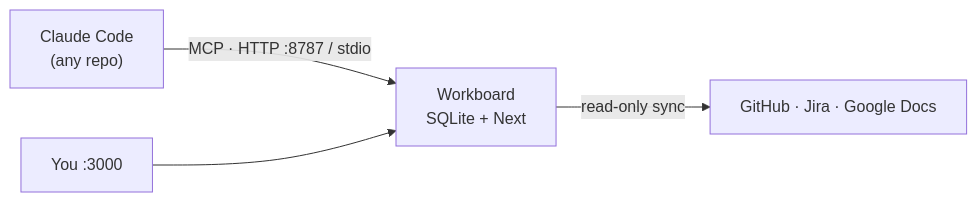
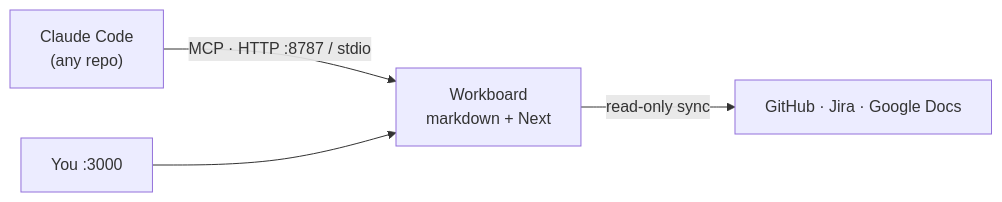
One commit to BenSuskins/workboard changed the diagram in docs/README.md. Above: the diagram before and after it, drawn with Mermaid. The commit also changed other lines of this file and 5 other files, not shown here.

````diff
--- a/docs/README.md
+++ b/docs/README.md
@@ -17,6 +17,6 @@
 ```mermaid
 flowchart LR
-    Agent["Claude Code<br/>(any repo)"] -->|"MCP · HTTP :8787 / stdio"| WB["Workboard<br/>SQLite + Next"]
+    Agent["Claude Code<br/>(any repo)"] -->|"MCP · HTTP :8787 / stdio"| WB["Workboard<br/>markdown + Next"]
     You["You :3000"] --> WB
     WB -->|read-only sync| Ext["GitHub · Jira · Google Docs"]
 ```
````
